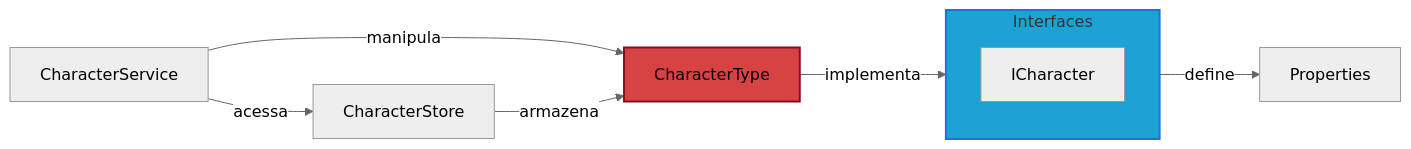
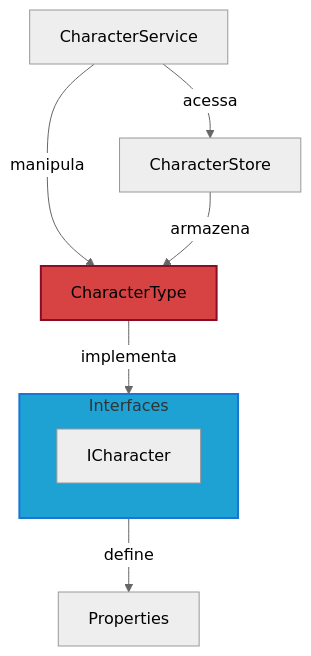
One commit to Space-Wizard-Studios/sw-game-dice-rolling changed the first of 2 diagrams in docs/content/architecture/00-intro/resources.md. Above: the diagram before and after it, drawn with Mermaid (neutral theme). The commit also changed other lines of this file and 4 other files, not shown here.

Commit message:
Update architecture documentation: enhance feature overviews and clarify resource types

````diff
--- a/docs/content/architecture/00-intro/resources.md
+++ b/docs/content/architecture/00-intro/resources.md
@@ -9,23 +9,23 @@
 ```mermaid
-flowchart LR
+flowchart
     subgraph Interfaces
         ICharacter
     end
 
-    CharacterType
+    Types["CharacterType"]
 
     CharacterService
 
     CharacterStore
 
-    CharacterType-->|implementa|Interfaces
+    Types-->|implementa|Interfaces
 
     Interfaces-->|define|Properties
 
-    CharacterService-->|manipula|CharacterType
+    CharacterService-->|manipula|Types
     CharacterService-->|acessa|CharacterStore
-    CharacterStore-->|armazena|CharacterType
+    CharacterStore-->|armazena|Types
 
-    style CharacterType fill:#d74242,stroke:#8a0d26,stroke-width:2px;
+    style Types fill:#d74242,stroke:#8a0d26,stroke-width:2px;
     style Interfaces fill:#1da2d3,stroke:#1c74d5,stroke-width:2px;
 ```
````
